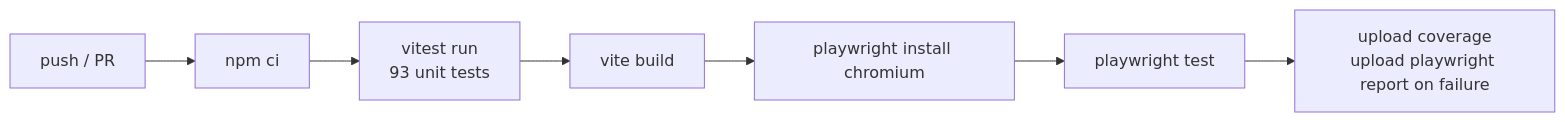
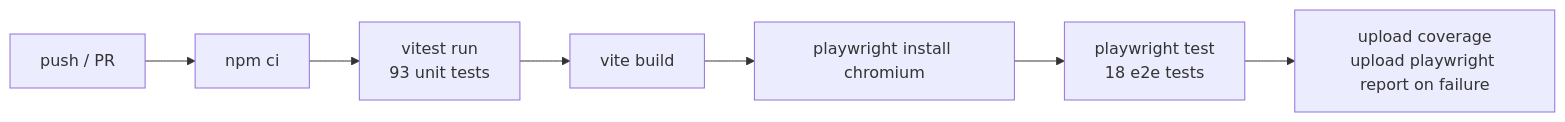
The second of 2 diagrams in docs/deployment.md (kinncj/GitHub-Copilot-Enterprise-Dashboard), drawn with Mermaid before and after one commit. The commit also changed other lines of this file and 4 other files, not shown here.

````diff
--- a/docs/deployment.md
+++ b/docs/deployment.md
@@ -57,9 +57,9 @@
 ```mermaid
 flowchart LR
     push["push / PR"] --> install["npm ci"]
     install --> unit["vitest run\n93 unit tests"]
     unit --> build["vite build"]
     build --> playwright["playwright install chromium"]
-    playwright --> e2e["playwright test"]
+    playwright --> e2e["playwright test\n18 e2e tests"]
     e2e --> artifacts["upload coverage\nupload playwright report on failure"]
 ```
````
